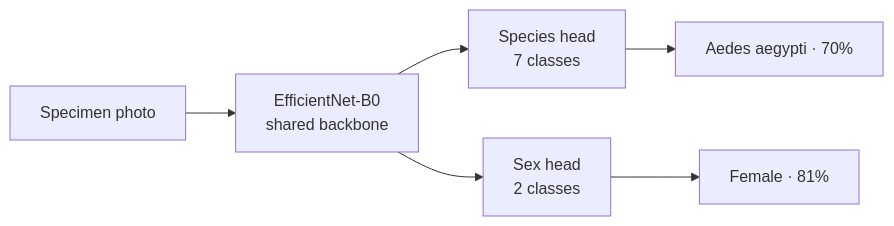
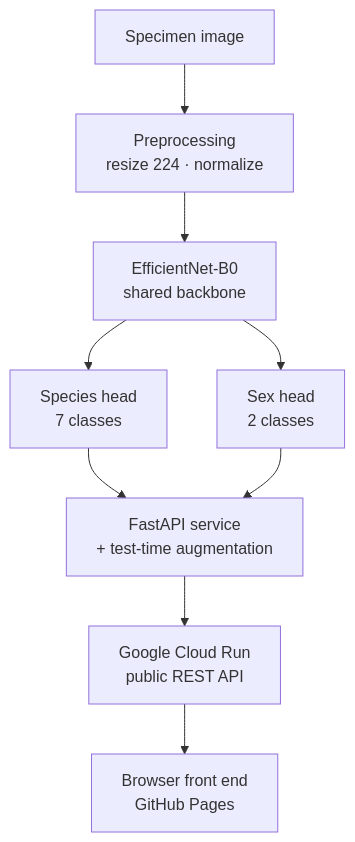
One commit to 523vishwanath/VectorCam_Mosquito_classifier changed the diagram in README.md. Above: the diagram before and after it, drawn with Mermaid. The commit also changed other lines of this file, not shown here.

````diff
--- a/README.md
+++ b/README.md
@@ -94,8 +118,11 @@
 ```mermaid
-flowchart LR
-    A[Specimen photo] --> B[EfficientNet-B0<br/>shared backbone]
-    B --> C[Species head<br/>7 classes]
-    B --> D[Sex head<br/>2 classes]
-    C --> E[Aedes aegypti · 70%]
-    D --> F[Female · 81%]
+flowchart TD
+    A[Specimen image] --> B[Preprocessing<br/>resize 224 · normalize]
+    B --> C[EfficientNet-B0<br/>shared backbone]
+    C --> D[Species head<br/>7 classes]
+    C --> E[Sex head<br/>2 classes]
+    D --> F[FastAPI service<br/>+ test-time augmentation]
+    E --> F
+    F --> G[Google Cloud Run<br/>public REST API]
+    G --> H[Browser front end<br/>GitHub Pages]
 ```
````
